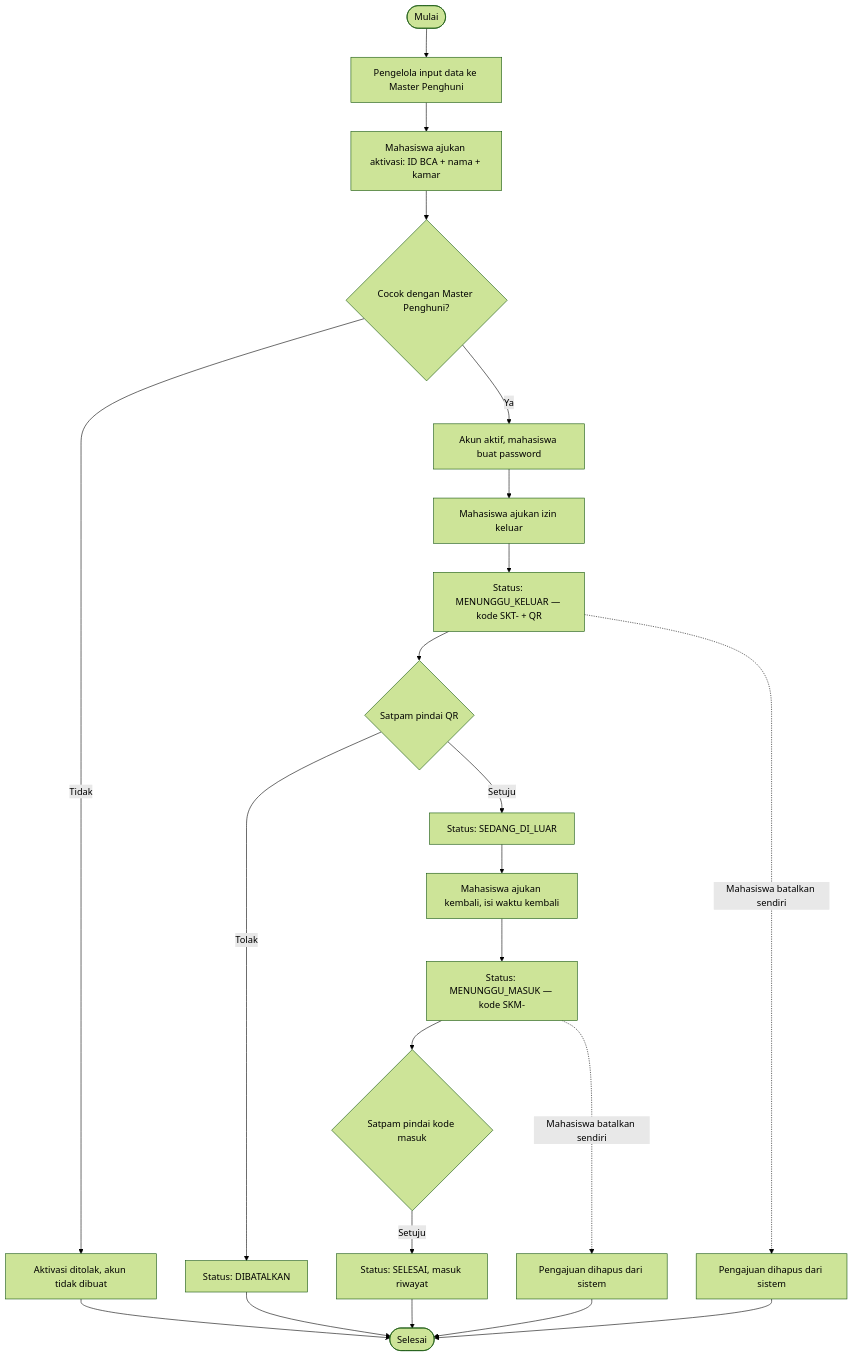
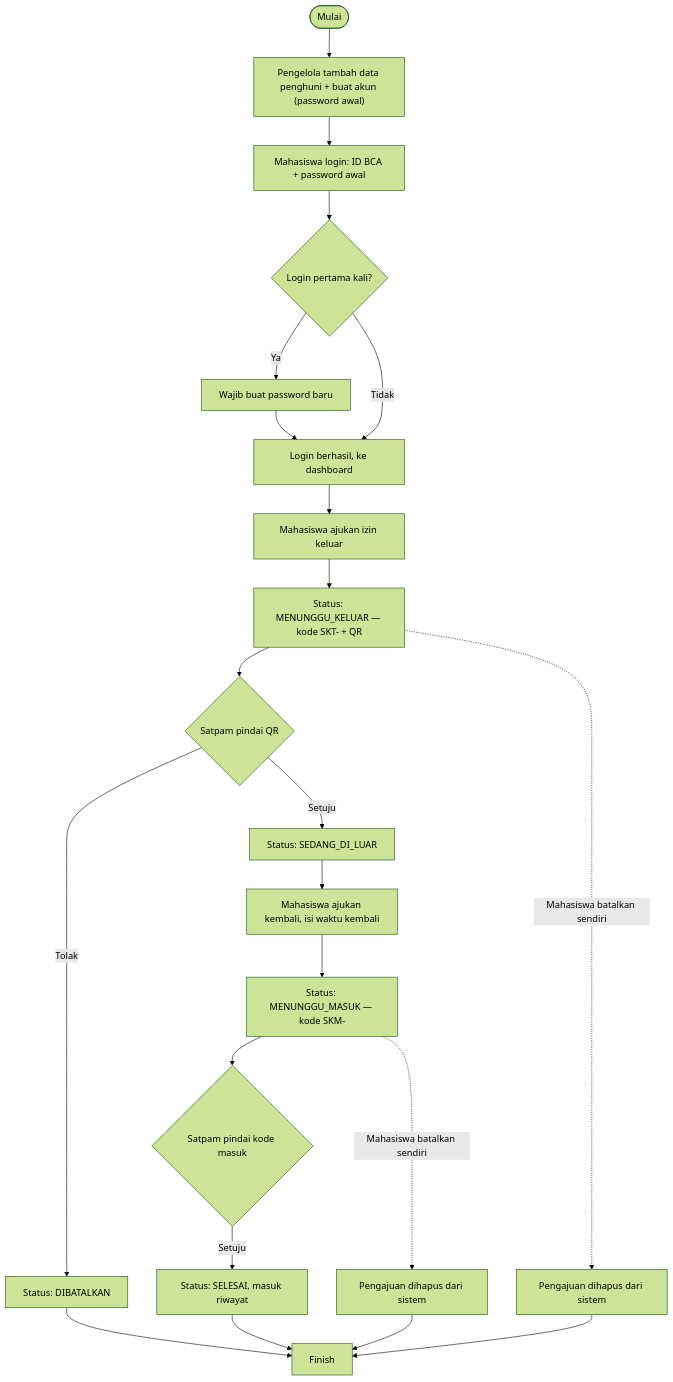
The diagram in README.md (felicyaholic-dev/SIKAT-RTB), drawn with Mermaid (forest theme) before and after one commit. The commit also changed other lines of this file, not shown here.

````diff
--- a/README.md
+++ b/README.md
@@ -43,24 +43,24 @@
 ```mermaid
 flowchart TD
-  Start([Mulai]) --> A[Pengelola input data ke Master Penghuni]
-  A --> B["Mahasiswa ajukan aktivasi: ID BCA + nama + kamar"]
-  B --> C{Cocok dengan Master Penghuni?}
-  C -->|Tidak| C1[Aktivasi ditolak, akun tidak dibuat]
-  C1 --> Finish([Selesai])
-  C -->|Ya| D[Akun aktif, mahasiswa buat password]
+  Start([Mulai]) --> A["Pengelola tambah data penghuni + buat akun (password awal)"]
+  A --> B["Mahasiswa login: ID BCA + password awal"]
+  B --> C{Login pertama kali?}
+  C -->|Ya| C1[Wajib buat password baru]
+  C1 --> D[Login berhasil, ke dashboard]
+  C -->|Tidak| D
   D --> E[Mahasiswa ajukan izin keluar]
   E --> F["Status: MENUNGGU_KELUAR — kode SKT- + QR"]
   F --> G{Satpam pindai QR}
   G -->|Tolak| G1[Status: DIBATALKAN]
   G1 --> Finish
   F -.->|Mahasiswa batalkan sendiri| H1[Pengajuan dihapus dari sistem]
   H1 --> Finish
   G -->|Setuju| H[Status: SEDANG_DI_LUAR]
   H --> I[Mahasiswa ajukan kembali, isi waktu kembali]
   I --> J["Status: MENUNGGU_MASUK — kode SKM-"]
   J --> K{Satpam pindai kode masuk}
   K -->|Setuju| L[Status: SELESAI, masuk riwayat]
   L --> Finish
   J -.->|Mahasiswa batalkan sendiri| J1[Pengajuan dihapus dari sistem]
   J1 --> Finish
 ```
````
